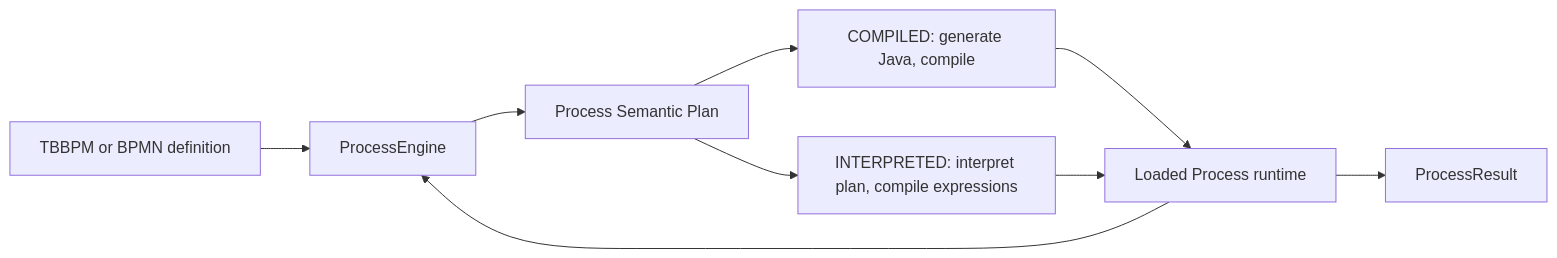
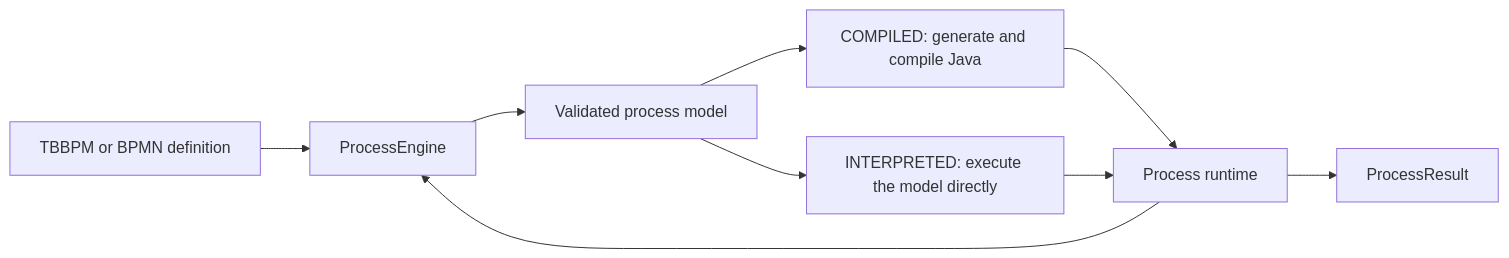
One commit to alibaba/compileflow changed the diagram in README.md. Above: the diagram before and after it, drawn with Mermaid. The commit also changed other lines of this file and 103 other files, not shown here.

````diff
--- a/README.md
+++ b/README.md
@@ -128,16 +132,16 @@
 ```mermaid
 flowchart LR
     definition["TBBPM or BPMN definition"]
     engine["ProcessEngine"]
-    semantic["Process Semantic Plan"]
-    compile["COMPILED: generate Java, compile"]
-    interpret["INTERPRETED: interpret plan, compile expressions"]
-    runtime["Loaded Process runtime"]
+    semantic["Validated process model"]
+    compile["COMPILED: generate and compile Java"]
+    interpret["INTERPRETED: execute the model directly"]
+    runtime["Process runtime"]
     result["ProcessResult"]
 
     definition --> engine --> semantic
     semantic --> compile --> runtime
     semantic --> interpret --> runtime
     runtime --> result
     runtime --> engine
 ```
````
